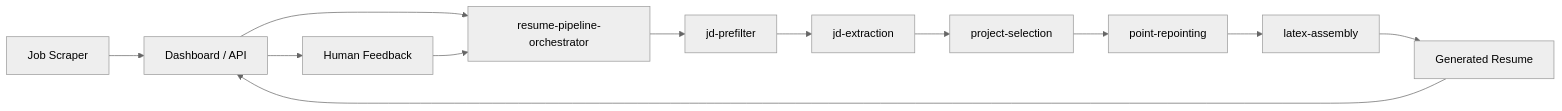
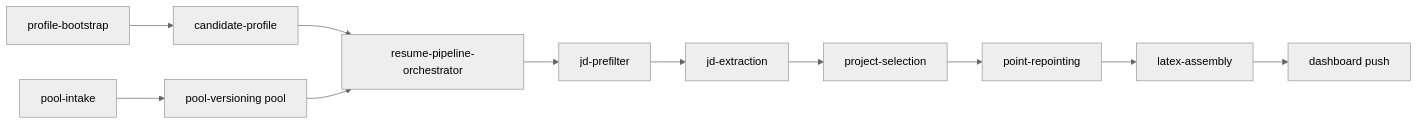
One commit to Aryan1718/hermes-autonomous-resume changed the first of 2 diagrams in docs-site/docs/getting-started/introduction.md. Above: the diagram before and after it, drawn with Mermaid (neutral theme). The commit also changed other lines of this file and 3 other files, not shown here.

````diff
--- a/docs-site/docs/getting-started/introduction.md
+++ b/docs-site/docs/getting-started/introduction.md
@@ -40,14 +45,13 @@
 ```mermaid
 flowchart LR
-  A[Job Scraper] --> B[Dashboard / API]
-  B --> C[resume-pipeline-orchestrator]
-  C --> D[jd-prefilter]
-  D --> E[jd-extraction]
-  E --> F[project-selection]
-  F --> G[point-repointing]
-  G --> H[latex-assembly]
-  H --> I[Generated Resume]
-  I --> B
-  B --> J[Human Feedback]
-  J --> C
+  A[profile-bootstrap] --> B[candidate-profile]
+  C[pool-intake] --> D[pool-versioning pool]
+  B --> E[resume-pipeline-orchestrator]
+  D --> E
+  E --> F[jd-prefilter]
+  F --> G[jd-extraction]
+  G --> H[project-selection]
+  H --> I[point-repointing]
+  I --> J[latex-assembly]
+  J --> K[dashboard push]
 ```
````
